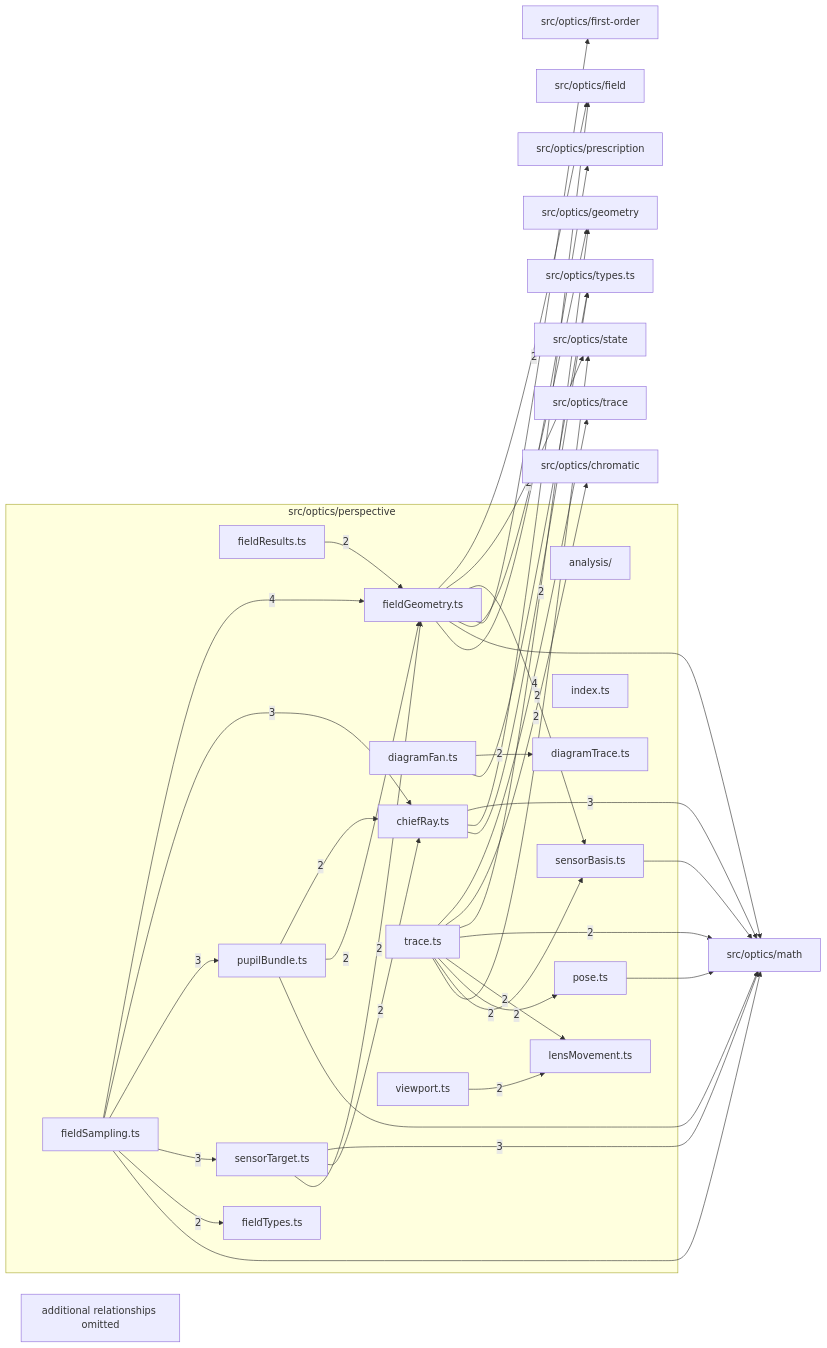
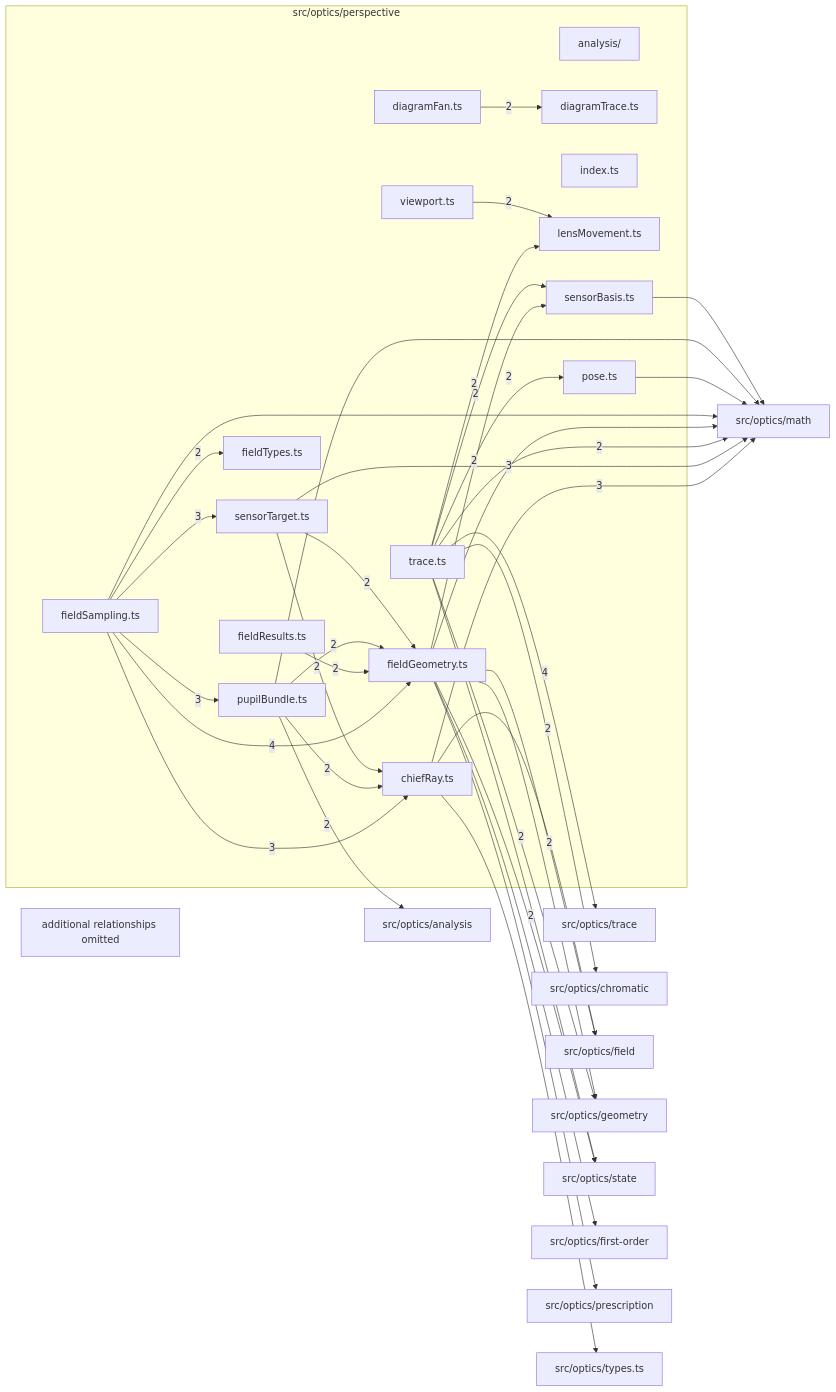
The diagram in src/optics/perspective/readme.md (ronbuening/LensVisualizer), drawn with Mermaid before and after one commit. The commit also changed other lines of this file and 37 other files, not shown here.

````diff
--- a/src/optics/perspective/readme.md
+++ b/src/optics/perspective/readme.md
@@ -9,67 +9,68 @@
 ```mermaid
 flowchart LR
   subgraph n_src_optics_perspective["src/optics/perspective"]
     n_src_optics_perspective_src_optics_perspective_analysis["analysis/"]
     n_src_optics_perspective_src_optics_perspective_chiefRay_ts["chiefRay.ts"]
     n_src_optics_perspective_src_optics_perspective_diagramFan_ts["diagramFan.ts"]
     n_src_optics_perspective_src_optics_perspective_diagramTrace_ts["diagramTrace.ts"]
     n_src_optics_perspective_src_optics_perspective_fieldGeometry_ts["fieldGeometry.ts"]
     n_src_optics_perspective_src_optics_perspective_fieldResults_ts["fieldResults.ts"]
     n_src_optics_perspective_src_optics_perspective_fieldSampling_ts["fieldSampling.ts"]
     n_src_optics_perspective_src_optics_perspective_fieldTypes_ts["fieldTypes.ts"]
     n_src_optics_perspective_src_optics_perspective_index_ts["index.ts"]
     n_src_optics_perspective_src_optics_perspective_lensMovement_ts["lensMovement.ts"]
     n_src_optics_perspective_src_optics_perspective_pose_ts["pose.ts"]
     n_src_optics_perspective_src_optics_perspective_pupilBundle_ts["pupilBundle.ts"]
     n_src_optics_perspective_src_optics_perspective_sensorBasis_ts["sensorBasis.ts"]
     n_src_optics_perspective_src_optics_perspective_sensorTarget_ts["sensorTarget.ts"]
     n_src_optics_perspective_src_optics_perspective_trace_ts["trace.ts"]
     n_src_optics_perspective_src_optics_perspective_viewport_ts["viewport.ts"]
   end
   n_external_src_optics_trace["src/optics/trace"]
   n_external_src_optics_math["src/optics/math"]
+  n_external_src_optics_analysis["src/optics/analysis"]
   n_external_src_optics_chromatic["src/optics/chromatic"]
   n_external_src_optics_field["src/optics/field"]
   n_external_src_optics_geometry["src/optics/geometry"]
   n_external_src_optics_state["src/optics/state"]
   n_external_src_optics_first_order["src/optics/first-order"]
   n_external_src_optics_prescription["src/optics/prescription"]
   n_external_src_optics_types_ts["src/optics/types.ts"]
   n_src_optics_perspective_src_optics_perspective_trace_ts --> |4| n_external_src_optics_trace
   n_src_optics_perspective_src_optics_perspective_fieldSampling_ts --> |4| n_src_optics_perspective_src_optics_perspective_fieldGeometry_ts
   n_src_optics_perspective_src_optics_perspective_chiefRay_ts --> |3| n_external_src_optics_math
   n_src_optics_perspective_src_optics_perspective_sensorTarget_ts --> |3| n_external_src_optics_math
   n_src_optics_perspective_src_optics_perspective_fieldSampling_ts --> |3| n_src_optics_perspective_src_optics_perspective_chiefRay_ts
   n_src_optics_perspective_src_optics_perspective_fieldSampling_ts --> |3| n_src_optics_perspective_src_optics_perspective_pupilBundle_ts
   n_src_optics_perspective_src_optics_perspective_fieldSampling_ts --> |3| n_src_optics_perspective_src_optics_perspective_sensorTarget_ts
+  n_src_optics_perspective_src_optics_perspective_pupilBundle_ts --> |2| n_external_src_optics_analysis
   n_src_optics_perspective_src_optics_perspective_trace_ts --> |2| n_external_src_optics_chromatic
   n_src_optics_perspective_src_optics_perspective_fieldGeometry_ts --> |2| n_external_src_optics_field
   n_src_optics_perspective_src_optics_perspective_trace_ts --> |2| n_external_src_optics_geometry
   n_src_optics_perspective_src_optics_perspective_trace_ts --> |2| n_external_src_optics_math
   n_src_optics_perspective_src_optics_perspective_fieldGeometry_ts --> |2| n_external_src_optics_state
   n_src_optics_perspective_src_optics_perspective_pupilBundle_ts --> |2| n_src_optics_perspective_src_optics_perspective_chiefRay_ts
   n_src_optics_perspective_src_optics_perspective_sensorTarget_ts --> |2| n_src_optics_perspective_src_optics_perspective_chiefRay_ts
   n_src_optics_perspective_src_optics_perspective_diagramFan_ts --> |2| n_src_optics_perspective_src_optics_perspective_diagramTrace_ts
   n_src_optics_perspective_src_optics_perspective_fieldResults_ts --> |2| n_src_optics_perspective_src_optics_perspective_fieldGeometry_ts
   n_src_optics_perspective_src_optics_perspective_pupilBundle_ts --> |2| n_src_optics_perspective_src_optics_perspective_fieldGeometry_ts
   n_src_optics_perspective_src_optics_perspective_sensorTarget_ts --> |2| n_src_optics_perspective_src_optics_perspective_fieldGeometry_ts
   n_src_optics_perspective_src_optics_perspective_fieldSampling_ts --> |2| n_src_optics_perspective_src_optics_perspective_fieldTypes_ts
   n_src_optics_perspective_src_optics_perspective_trace_ts --> |2| n_src_optics_perspective_src_optics_perspective_lensMovement_ts
   n_src_optics_perspective_src_optics_perspective_viewport_ts --> |2| n_src_optics_perspective_src_optics_perspective_lensMovement_ts
   n_src_optics_perspective_src_optics_perspective_trace_ts --> |2| n_src_optics_perspective_src_optics_perspective_pose_ts
   n_src_optics_perspective_src_optics_perspective_fieldGeometry_ts --> |2| n_src_optics_perspective_src_optics_perspective_sensorBasis_ts
   n_src_optics_perspective_src_optics_perspective_trace_ts --> |2| n_src_optics_perspective_src_optics_perspective_sensorBasis_ts
   n_src_optics_perspective_src_optics_perspective_chiefRay_ts --> n_external_src_optics_field
   n_src_optics_perspective_src_optics_perspective_fieldGeometry_ts --> n_external_src_optics_first_order
   n_src_optics_perspective_src_optics_perspective_fieldGeometry_ts --> n_external_src_optics_geometry
   n_src_optics_perspective_src_optics_perspective_fieldGeometry_ts --> n_external_src_optics_math
   n_src_optics_perspective_src_optics_perspective_fieldSampling_ts --> n_external_src_optics_math
   n_src_optics_perspective_src_optics_perspective_pose_ts --> n_external_src_optics_math
   n_src_optics_perspective_src_optics_perspective_pupilBundle_ts --> n_external_src_optics_math
   n_src_optics_perspective_src_optics_perspective_sensorBasis_ts --> n_external_src_optics_math
   n_src_optics_perspective_src_optics_perspective_fieldGeometry_ts --> n_external_src_optics_prescription
   n_src_optics_perspective_src_optics_perspective_trace_ts --> n_external_src_optics_state
   n_src_optics_perspective_src_optics_perspective_chiefRay_ts --> n_external_src_optics_types_ts
-  n_src_optics_perspective_src_optics_perspective_diagramFan_ts --> n_external_src_optics_types_ts
   n_src_optics_perspective_truncated["additional relationships omitted"]
 ```
````
